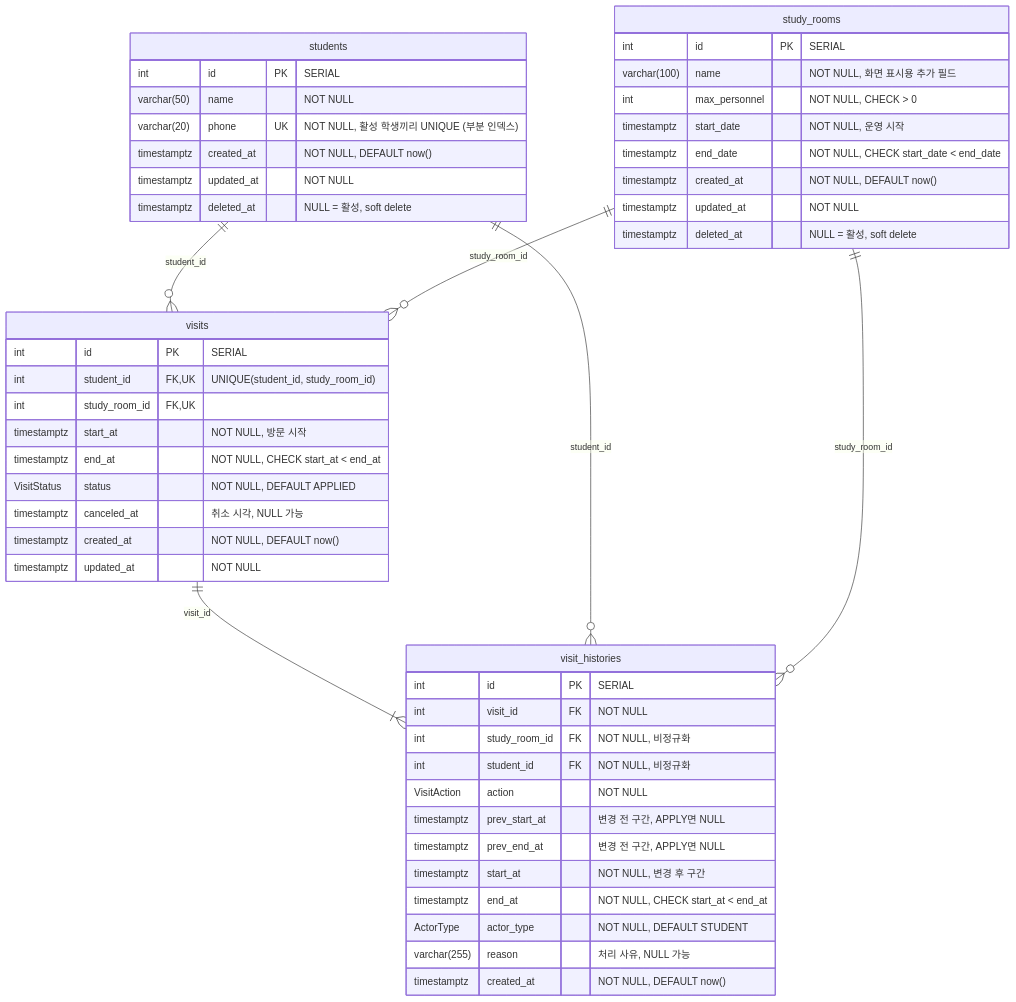
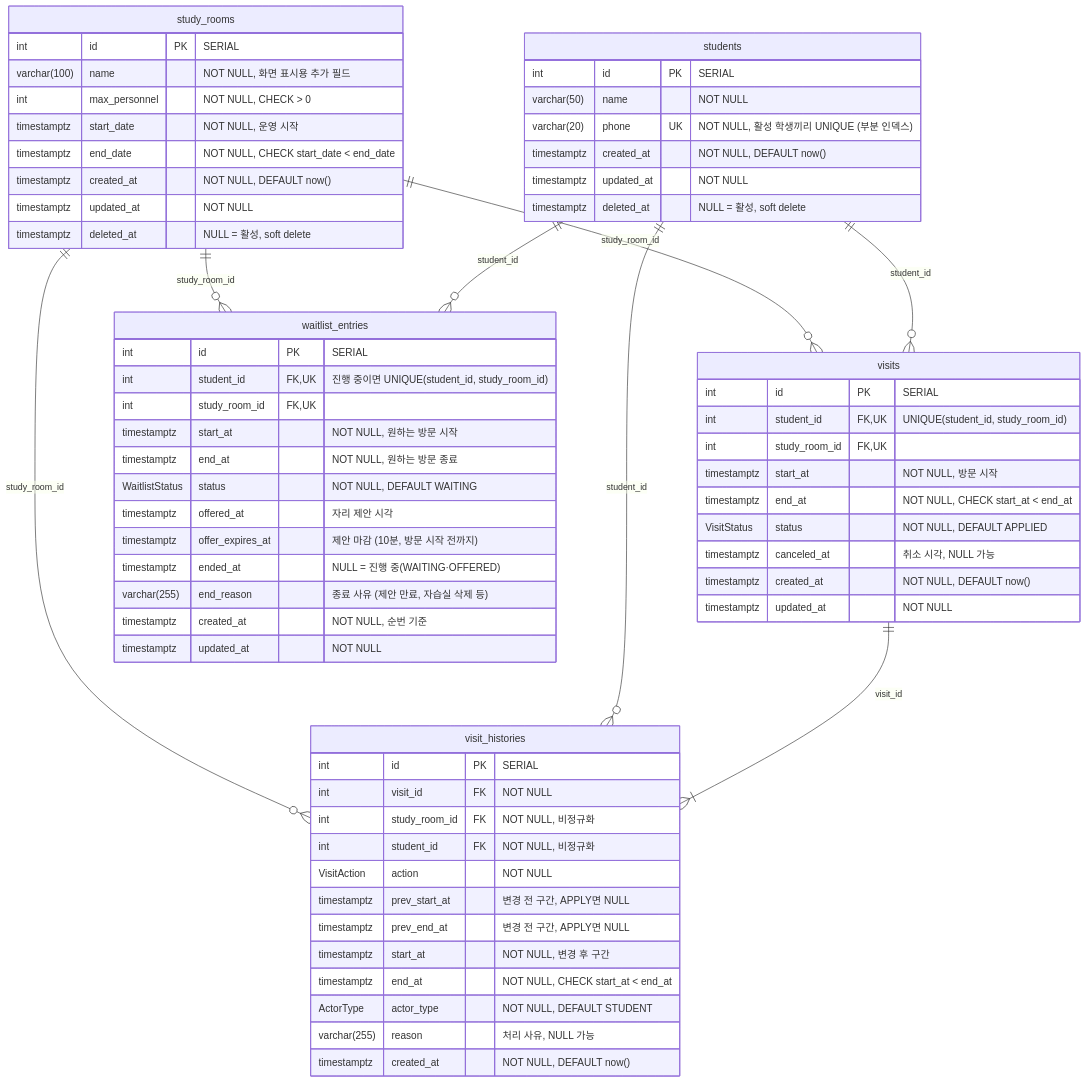
Before and after one commit to JungMINI-developer/hiconsy-task: the second of 3 diagrams in docs/database.md, drawn with Mermaid. The commit also changed other lines of this file and 11 other files, not shown here.

````diff
--- a/docs/database.md
+++ b/docs/database.md
@@ -27,55 +30,72 @@
 ```mermaid
 erDiagram
   students ||--o{ visits : "student_id"
   study_rooms ||--o{ visits : "study_room_id"
   visits ||--|{ visit_histories : "visit_id"
   students ||--o{ visit_histories : "student_id"
   study_rooms ||--o{ visit_histories : "study_room_id"
+  students ||--o{ waitlist_entries : "student_id"
+  study_rooms ||--o{ waitlist_entries : "study_room_id"
 
   students {
     int id PK "SERIAL"
     varchar(50) name "NOT NULL"
     varchar(20) phone UK "NOT NULL, 활성 학생끼리 UNIQUE (부분 인덱스)"
     timestamptz created_at "NOT NULL, DEFAULT now()"
     timestamptz updated_at "NOT NULL"
     timestamptz deleted_at "NULL = 활성, soft delete"
   }
 
   study_rooms {
     int id PK "SERIAL"
     varchar(100) name "NOT NULL, 화면 표시용 추가 필드"
     int max_personnel "NOT NULL, CHECK > 0"
     timestamptz start_date "NOT NULL, 운영 시작"
     timestamptz end_date "NOT NULL, CHECK start_date < end_date"
     timestamptz created_at "NOT NULL, DEFAULT now()"
     timestamptz updated_at "NOT NULL"
     timestamptz deleted_at "NULL = 활성, soft delete"
   }
 
   visits {
     int id PK "SERIAL"
     int student_id FK,UK "UNIQUE(student_id, study_room_id)"
     int study_room_id FK,UK
     timestamptz start_at "NOT NULL, 방문 시작"
     timestamptz end_at "NOT NULL, CHECK start_at < end_at"
     VisitStatus status "NOT NULL, DEFAULT APPLIED"
     timestamptz canceled_at "취소 시각, NULL 가능"
     timestamptz created_at "NOT NULL, DEFAULT now()"
     timestamptz updated_at "NOT NULL"
   }
 
   visit_histories {
     int id PK "SERIAL"
     int visit_id FK "NOT NULL"
     int study_room_id FK "NOT NULL, 비정규화"
     int student_id FK "NOT NULL, 비정규화"
     VisitAction action "NOT NULL"
     timestamptz prev_start_at "변경 전 구간, APPLY면 NULL"
     timestamptz prev_end_at "변경 전 구간, APPLY면 NULL"
     timestamptz start_at "NOT NULL, 변경 후 구간"
     timestamptz end_at "NOT NULL, CHECK start_at < end_at"
     ActorType actor_type "NOT NULL, DEFAULT STUDENT"
     varchar(255) reason "처리 사유, NULL 가능"
     timestamptz created_at "NOT NULL, DEFAULT now()"
   }
+
+  waitlist_entries {
+    int id PK "SERIAL"
+    int student_id FK,UK "진행 중이면 UNIQUE(student_id, study_room_id)"
+    int study_room_id FK,UK
+    timestamptz start_at "NOT NULL, 원하는 방문 시작"
+    timestamptz end_at "NOT NULL, 원하는 방문 종료"
+    WaitlistStatus status "NOT NULL, DEFAULT WAITING"
+    timestamptz offered_at "자리 제안 시각"
+    timestamptz offer_expires_at "제안 마감 (10분, 방문 시작 전까지)"
+    timestamptz ended_at "NULL = 진행 중(WAITING·OFFERED)"
+    varchar(255) end_reason "종료 사유 (제안 만료, 자습실 삭제 등)"
+    timestamptz created_at "NOT NULL, 순번 기준"
+    timestamptz updated_at "NOT NULL"
+  }
 ```
````
